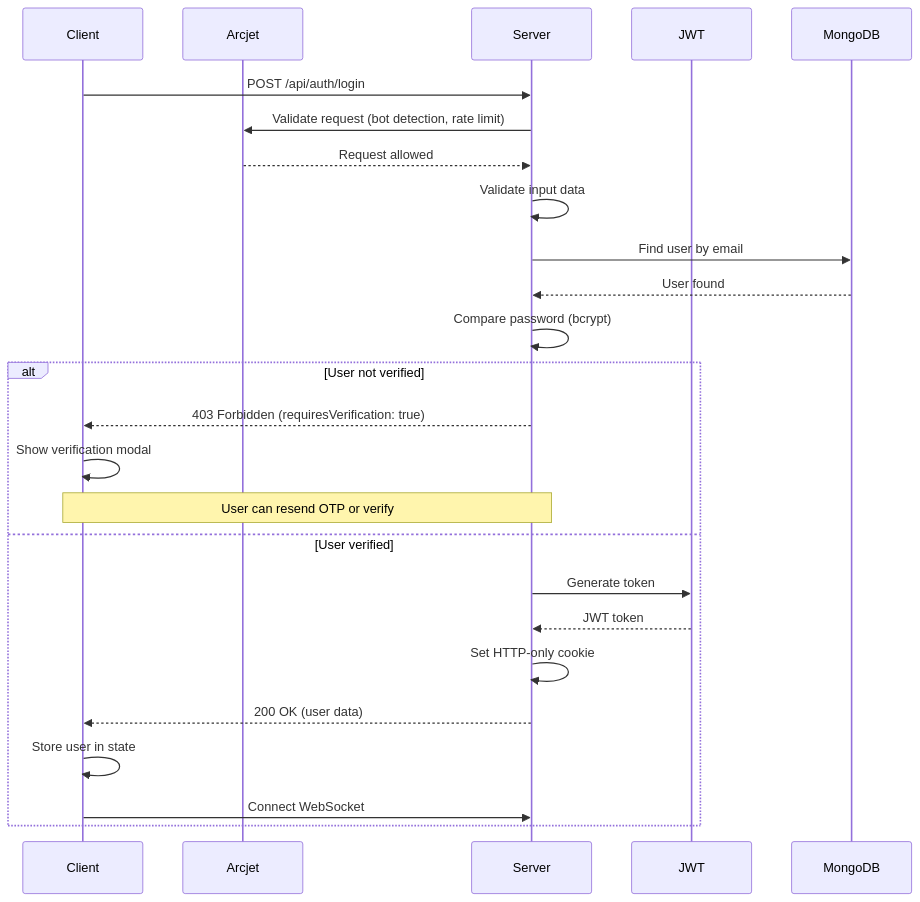
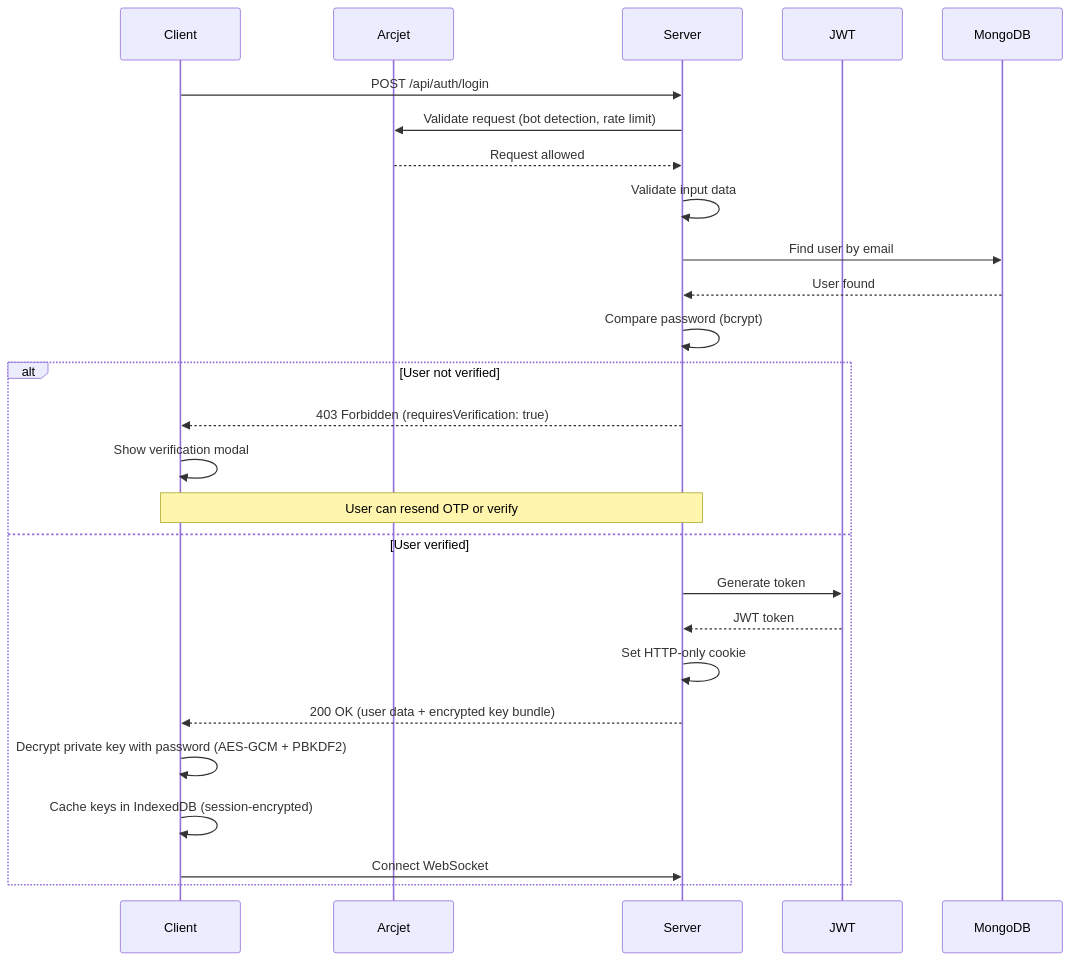
Before and after one commit to rudra1806/relay: the second of 6 diagrams in README.md, drawn with Mermaid. The commit also changed other lines of this file and 29 other files, not shown here.

````diff
--- a/README.md
+++ b/README.md
@@ -222,29 +294,30 @@
 ```mermaid
 sequenceDiagram
     participant Client
     participant Arcjet
     participant Server
     participant JWT
     participant MongoDB
 
     Client->>Server: POST /api/auth/login
     Server->>Arcjet: Validate request (bot detection, rate limit)
     Arcjet-->>Server: Request allowed
     Server->>Server: Validate input data
     Server->>MongoDB: Find user by email
     MongoDB-->>Server: User found
     Server->>Server: Compare password (bcrypt)
     
     alt User not verified
         Server-->>Client: 403 Forbidden (requiresVerification: true)
         Client->>Client: Show verification modal
         Note over Client,Server: User can resend OTP or verify
     else User verified
         Server->>JWT: Generate token
         JWT-->>Server: JWT token
         Server->>Server: Set HTTP-only cookie
-        Server-->>Client: 200 OK (user data)
-        Client->>Client: Store user in state
+        Server-->>Client: 200 OK (user data + encrypted key bundle)
+        Client->>Client: Decrypt private key with password (AES-GCM + PBKDF2)
+        Client->>Client: Cache keys in IndexedDB (session-encrypted)
         Client->>Server: Connect WebSocket
     end
 ```
````
